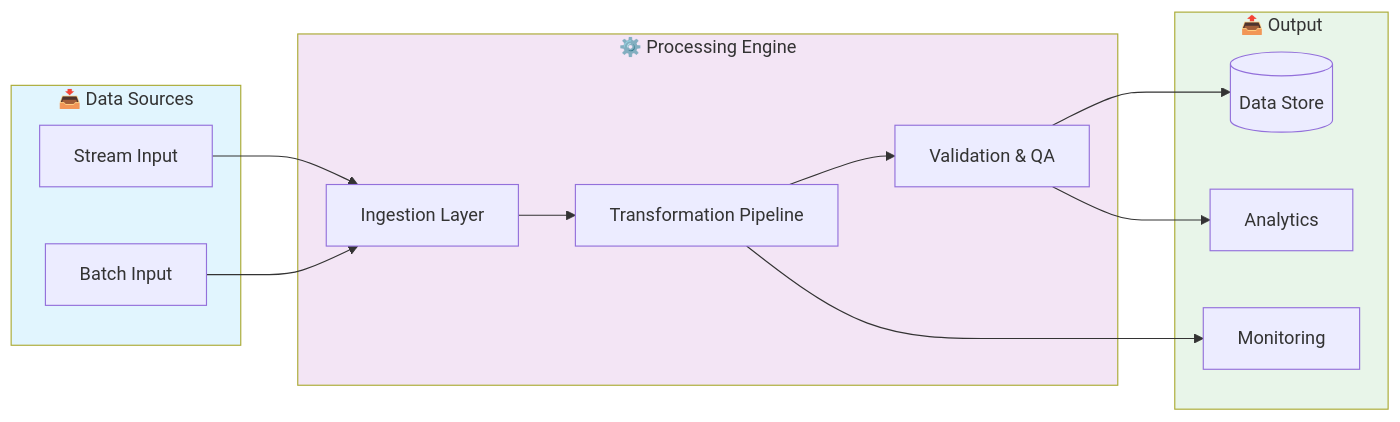
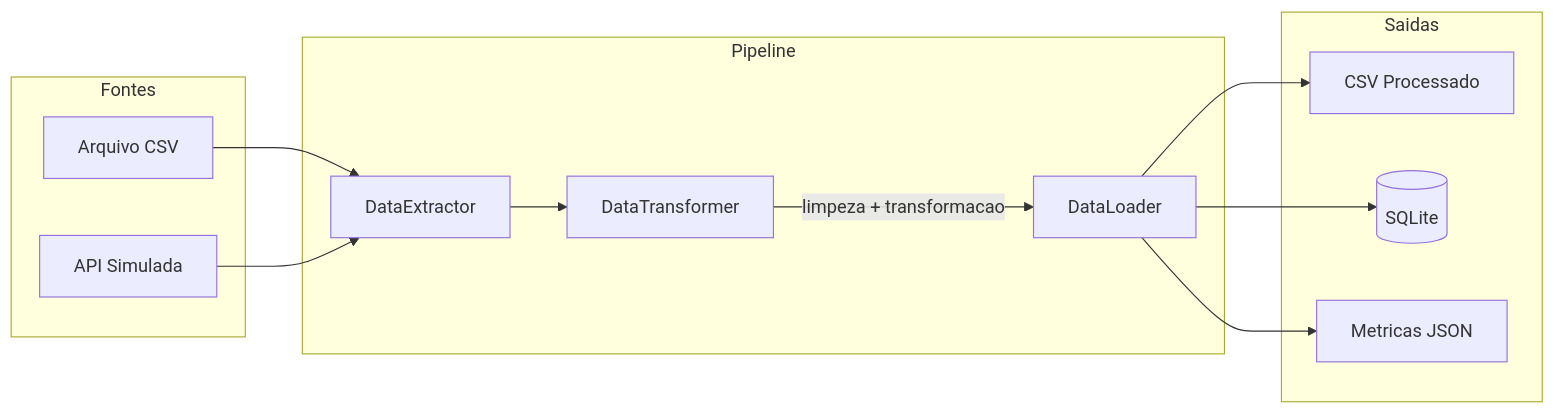
Before and after one commit to galafis/Modern-ETL-Pipeline: the first of 2 diagrams in README.md, drawn with Mermaid. The commit also changed other lines of this file and 3 other files, not shown here.

````diff
--- a/README.md
+++ b/README.md
@@ -32,30 +30,27 @@
 ```mermaid
 graph LR
-    subgraph Input["📥 Data Sources"]
-        A[Stream Input]
-        B[Batch Input]
+    subgraph Fontes
+        CSV[Arquivo CSV]
+        API[API Simulada]
     end
-    
-    subgraph Processing["⚙️ Processing Engine"]
-        C[Ingestion Layer]
-        D[Transformation Pipeline]
-        E[Validation & QA]
+
+    subgraph Pipeline
+        EX[DataExtractor]
+        TR[DataTransformer]
+        LD[DataLoader]
     end
-    
-    subgraph Output["📤 Output"]
-        F[(Data Store)]
-        G[Analytics]
-        H[Monitoring]
+
+    subgraph Saidas
+        OCSV[CSV Processado]
+        DB[(SQLite)]
+        MET[Metricas JSON]
     end
-    
-    A --> C
-    B --> C
-    C --> D --> E
-    E --> F
-    E --> G
-    D --> H
-    
-    style Input fill:#e1f5fe
-    style Processing fill:#f3e5f5
-    style Output fill:#e8f5e9
+
+    CSV --> EX
+    API --> EX
+    EX --> TR
+    TR -->|limpeza + transformacao| LD
+    LD --> OCSV
+    LD --> DB
+    LD --> MET
 ```
````
